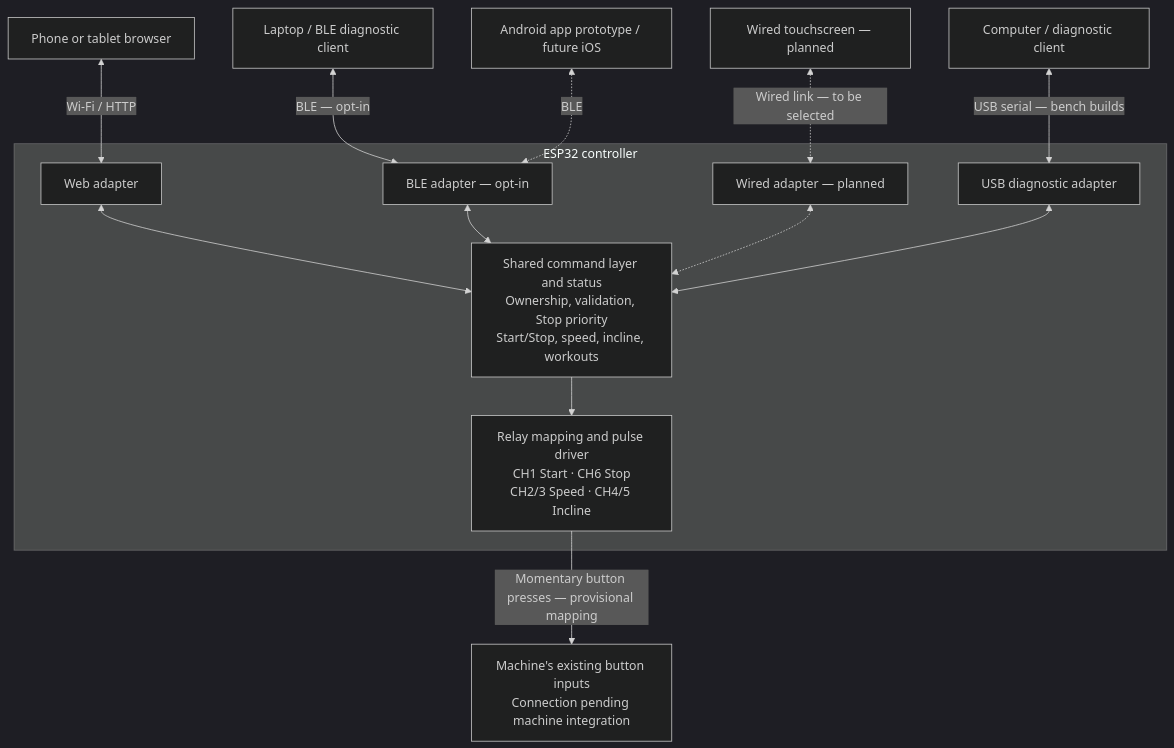
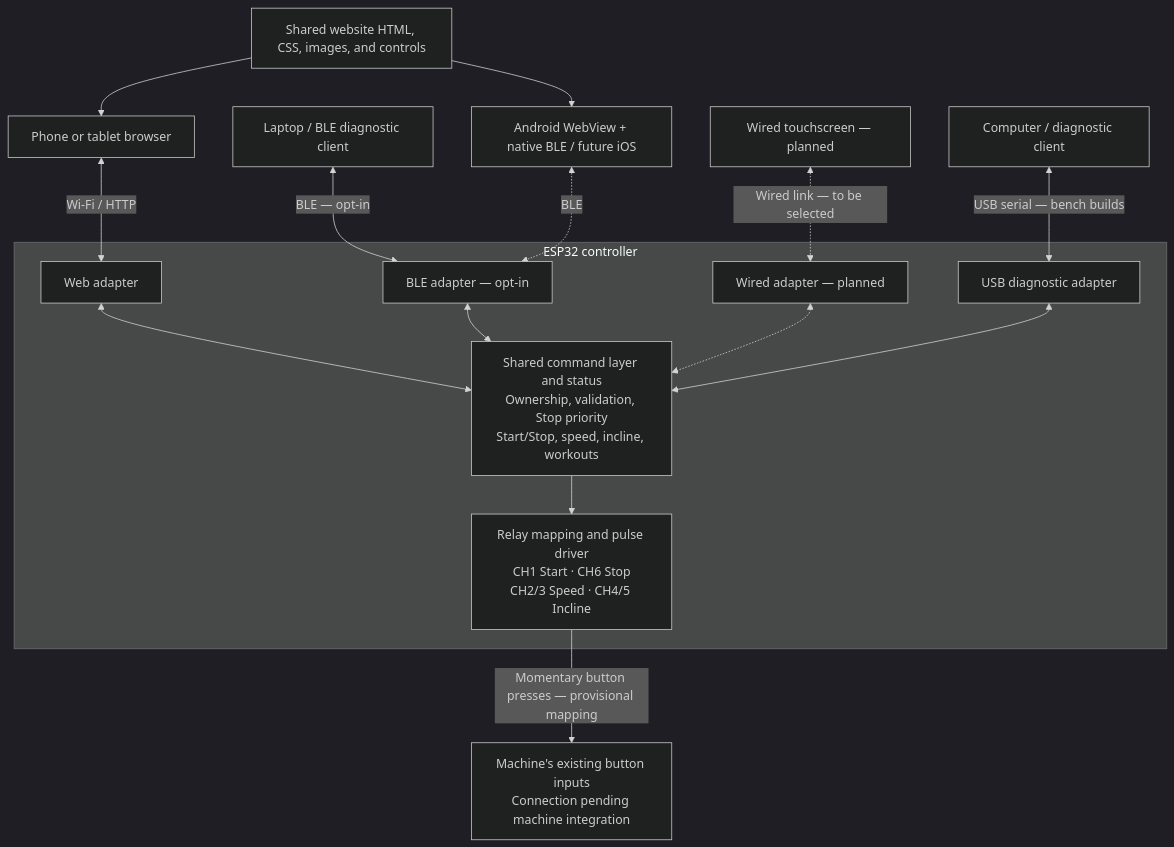
One commit to zdiubaldo/nordic-ski-controller changed the diagram in README.md. Above: the diagram before and after it, drawn with Mermaid (dark theme). The commit also changed other lines of this file and 13 other files, not shown here.

Commit message:
Reuse the website interface in the native BLE app

````diff
--- a/README.md
+++ b/README.md
@@ -21,24 +21,26 @@
 ```mermaid
 flowchart TB
+    Interface["Shared website HTML, CSS, images, and controls"] --> Web
+    Interface --> Apps
     Web["Phone or tablet browser"] <-->|"Wi-Fi / HTTP"| HTTP
     Laptop["Laptop / BLE diagnostic client"] <-->|"BLE — opt-in"| BLE
-    Apps["Android app prototype / future iOS"] <-.->|"BLE"| BLE
+    Apps["Android WebView + native BLE / future iOS"] <-.->|"BLE"| BLE
     Screen["Wired touchscreen — planned"] <-.->|"Wired link — to be selected"| Wired
     Computer["Computer / diagnostic client"] <-->|"USB serial — bench builds"| USB
 
     subgraph ESP["ESP32 controller"]
         HTTP["Web adapter"]
         BLE["BLE adapter — opt-in"]
         Wired["Wired adapter — planned"]
         USB["USB diagnostic adapter"]
         Shared["Shared command layer and status<br/>Ownership, validation, Stop priority<br/>Start/Stop, speed, incline, workouts"]
         Relay["Relay mapping and pulse driver<br/>CH1 Start · CH6 Stop<br/>CH2/3 Speed · CH4/5 Incline"]
         HTTP <--> Shared
         BLE <--> Shared
         Wired <-.-> Shared
         USB <--> Shared
         Shared --> Relay
     end
 
     Relay -->|"Momentary button presses — provisional mapping"| Machine["Machine's existing button inputs<br/>Connection pending machine integration"]
 ```
````
